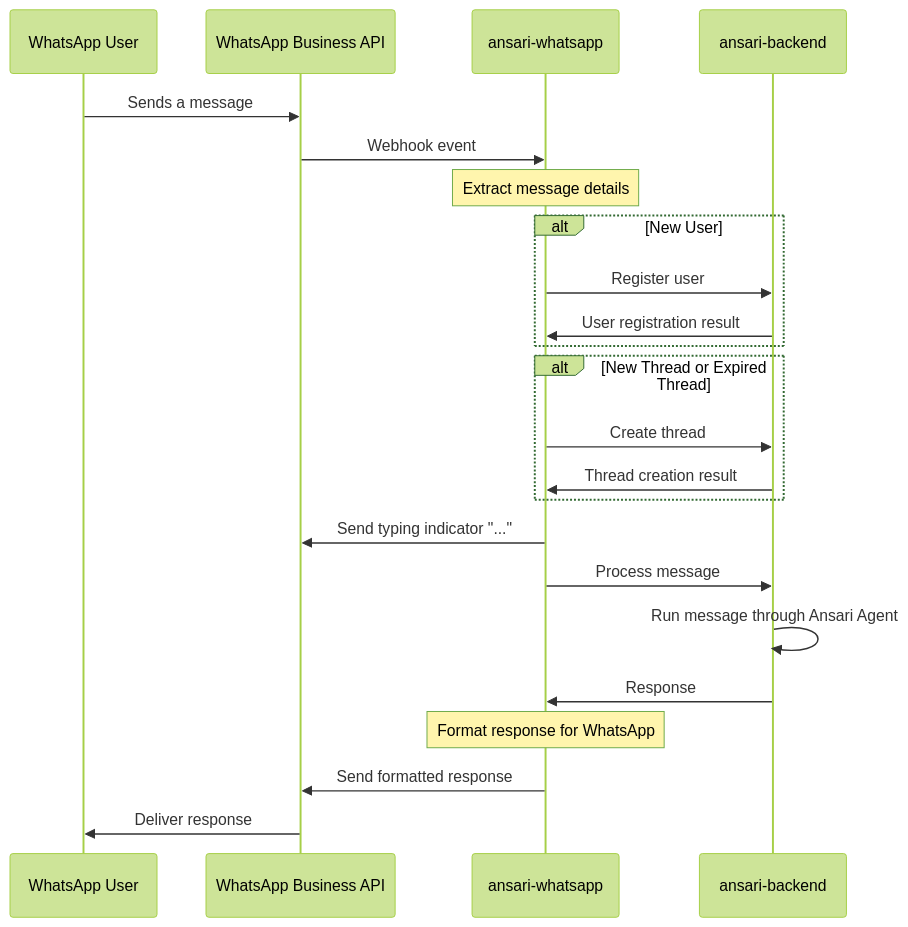
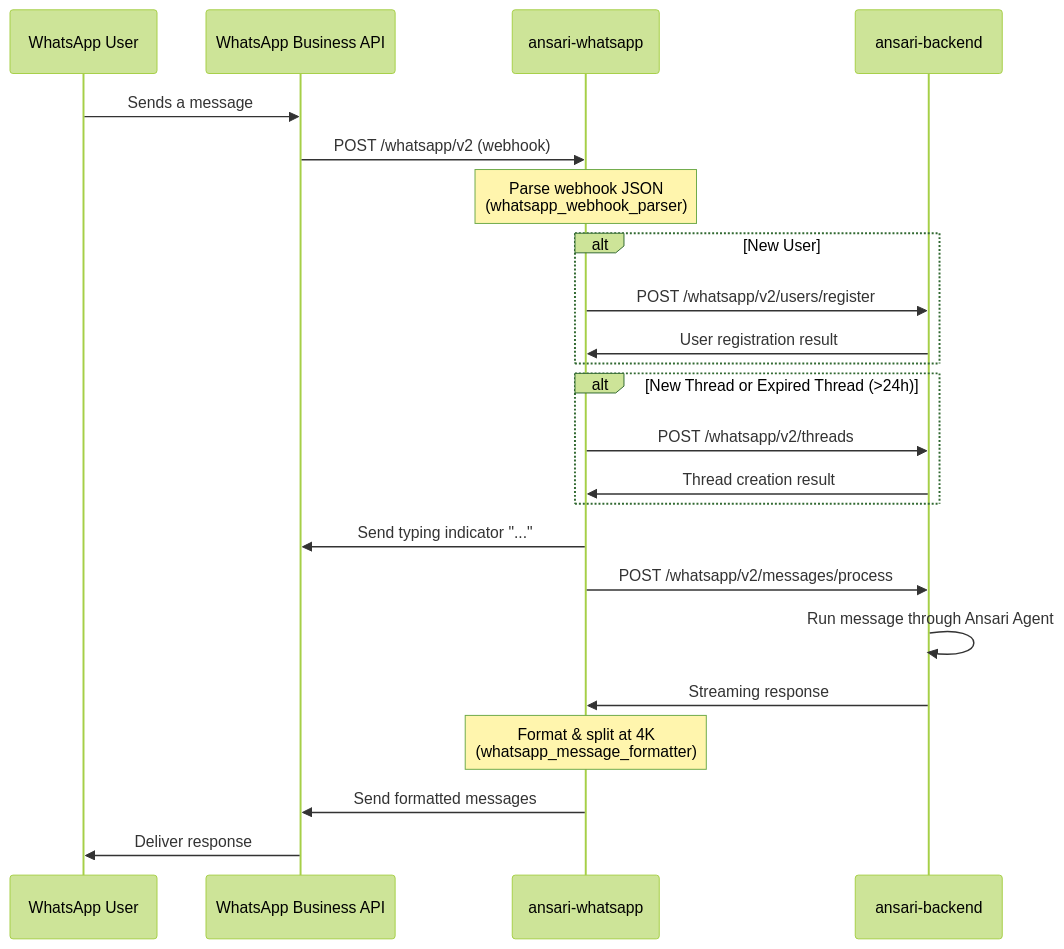
One commit to OdyAsh/ansari-whatsapp changed the third of 4 diagrams in docs/hld/architecture.md. Above: the diagram before and after it, drawn with Mermaid (forest theme). The commit also changed other lines of this file and 7 other files, not shown here.

````diff
--- a/docs/hld/architecture.md
+++ b/docs/hld/architecture.md
@@ -107,31 +115,31 @@
 ```mermaid
 sequenceDiagram
     participant User as WhatsApp User
     participant WhatsApp as WhatsApp Business API
     participant WA_Service as ansari-whatsapp
     participant Backend as ansari-backend
-    
+
     User->>WhatsApp: Sends a message
-    WhatsApp->>WA_Service: Webhook event
-    Note over WA_Service: Extract message details
-    
+    WhatsApp->>WA_Service: POST /whatsapp/v2 (webhook)
+    Note over WA_Service: Parse webhook JSON<br/>(whatsapp_webhook_parser)
+
     alt New User
-        WA_Service->>Backend: Register user
+        WA_Service->>Backend: POST /whatsapp/v2/users/register
         Backend->>WA_Service: User registration result
     end
-    
-    alt New Thread or Expired Thread
-        WA_Service->>Backend: Create thread
+
+    alt New Thread or Expired Thread (>24h)
+        WA_Service->>Backend: POST /whatsapp/v2/threads
         Backend->>WA_Service: Thread creation result
     end
-    
+
     WA_Service->>WhatsApp: Send typing indicator "..."
-    WA_Service->>Backend: Process message
-    
+    WA_Service->>Backend: POST /whatsapp/v2/messages/process
+
     Backend->>Backend: Run message through Ansari Agent
-    Backend->>WA_Service: Response
-    
-    Note over WA_Service: Format response for WhatsApp
-    WA_Service->>WhatsApp: Send formatted response
+    Backend->>WA_Service: Streaming response
+
+    Note over WA_Service: Format & split at 4K<br/>(whatsapp_message_formatter)
+    WA_Service->>WhatsApp: Send formatted messages
     WhatsApp->>User: Deliver response
 ```
````
